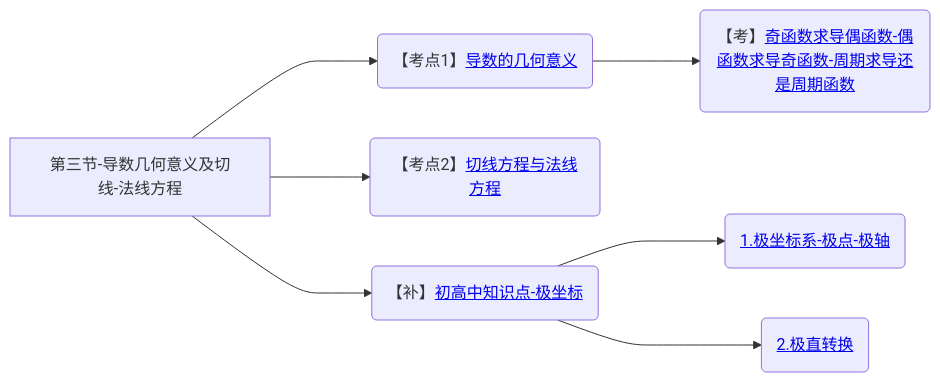
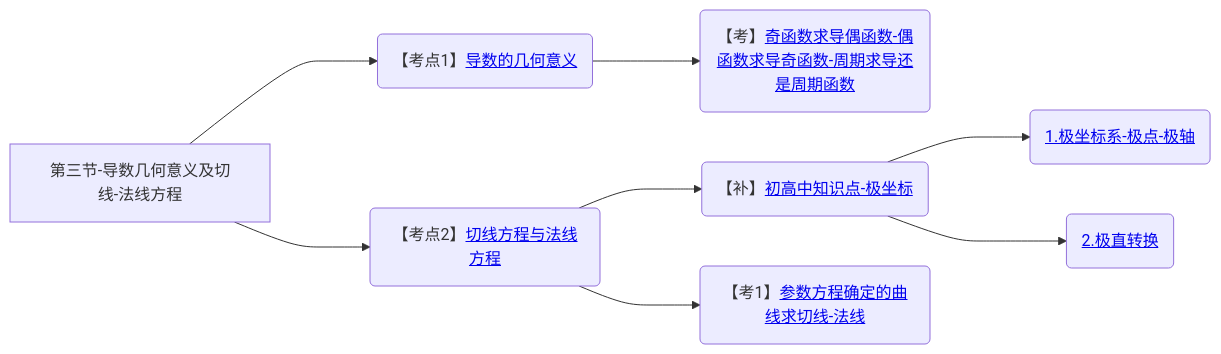
Diagram 13 of 13 in 笔记/数学/周洋鑫/01.基础班思维导图.md (yuebinghui/note), drawn with Mermaid before and after one commit. The commit also changed 6 other files, not shown here.

````diff
--- a/笔记/数学/周洋鑫/01.基础班思维导图.md
+++ b/笔记/数学/周洋鑫/01.基础班思维导图.md
@@ -498,13 +498,15 @@
 ```mermaid
 graph LR
 第三节-导数几何意义及切线-法线方程
 
 第三节-导数几何意义及切线-法线方程--->导数的几何意义(【考点1】<a href="/Users/yuebinghui/Documents/program/github/note/笔记/数学/周洋鑫/基础班/14.导数的几何意义与微分定义.md#导数的几何意义">导数的几何意义</>)
 导数的几何意义--->奇函数求导偶函数-偶函数求导奇函数-周期求导还是周期函数(【考】<a href="/Users/yuebinghui/Documents/program/github/note/笔记/数学/周洋鑫/基础班/14.导数的几何意义与微分定义.md#奇函数求导偶函数-偶函数求导奇函数-周期求导还是周期函数">奇函数求导偶函数-偶函数求导奇函数-周期求导还是周期函数</>)
 
 第三节-导数几何意义及切线-法线方程--->切线方程与法线方程(【考点2】<a href="/Users/yuebinghui/Documents/program/github/note/笔记/数学/周洋鑫/基础班/14.导数的几何意义与微分定义.md#切线方程与法线方程">切线方程与法线方程</>)
 
-第三节-导数几何意义及切线-法线方程--->初高中知识点-极坐标(【补】<a href="/Users/yuebinghui/Documents/program/github/note/笔记/数学/周洋鑫/基础班/14.导数的几何意义与微分定义.md#初高中知识点-极坐标">初高中知识点-极坐标</>)
+切线方程与法线方程--->初高中知识点-极坐标(【补】<a href="/Users/yuebinghui/Documents/program/github/note/笔记/数学/周洋鑫/基础班/14.导数的几何意义与微分定义.md#初高中知识点-极坐标">初高中知识点-极坐标</>)
 初高中知识点-极坐标--->1.极坐标系-极点-极轴(<a href="/Users/yuebinghui/Documents/program/github/note/笔记/数学/周洋鑫/基础班/14.导数的几何意义与微分定义.md#1.极坐标系-极点-极轴">1.极坐标系-极点-极轴</>)
 初高中知识点-极坐标--->2.极直转换(<a href="/Users/yuebinghui/Documents/program/github/note/笔记/数学/周洋鑫/基础班/14.导数的几何意义与微分定义.md#2.极直转换">2.极直转换</>)
+
+切线方程与法线方程--->参数方程确定的曲线求切线-法线(【考1】<a href="/Users/yuebinghui/Documents/program/github/note/笔记/数学/周洋鑫/基础班/14.导数的几何意义与微分定义.md#参数方程确定的曲线求切线-法线">参数方程确定的曲线求切线-法线</>)
 ```
````
